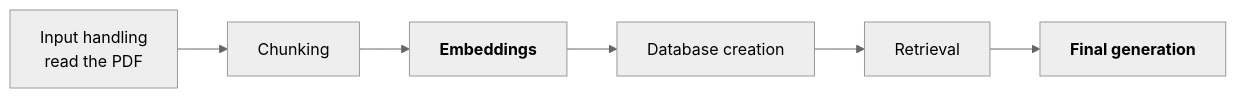
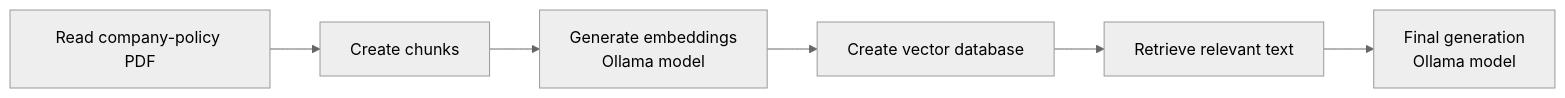
Before and after one commit to sumanth-tp/learn-ai-ml: the fifth of 5 diagrams in docs/genai/21-ollama-local-llms.md, drawn with Mermaid (neutral theme). The commit also changed other lines of this file and 106 other files, not shown here.

First line of the commit message:
Add SVG diagrams for RAG and Text-to-SQL examples

````diff
--- a/docs/genai/21-ollama-local-llms.md
+++ b/docs/genai/21-ollama-local-llms.md
@@ -480,6 +848,8 @@
 ```mermaid
 flowchart LR
-    A["Input handling<br/>read the PDF"] --> B["Chunking"]
-    B --> C["<b>Embeddings</b>"] --> D["Database creation"]
-    D --> E["Retrieval"] --> F["<b>Final generation</b>"]
+    P["Read company-policy PDF"] --> C["Create chunks"]
+    C --> E["Generate embeddings<br/>Ollama model"]
+    E --> D["Create vector database"]
+    D --> R["Retrieve relevant text"]
+    R --> G["Final generation<br/>Ollama model"]
 ```
````
